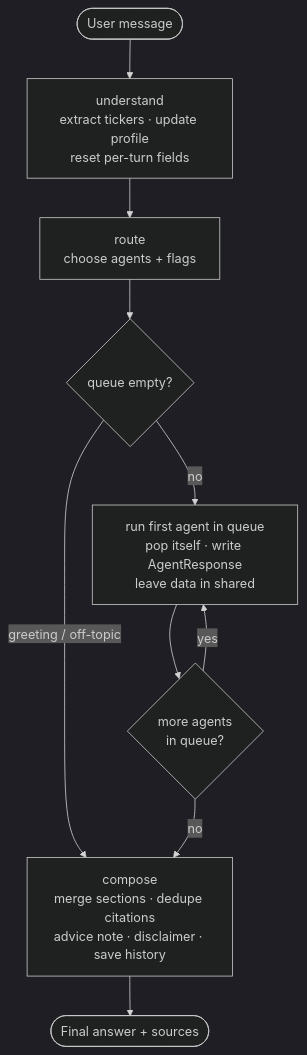
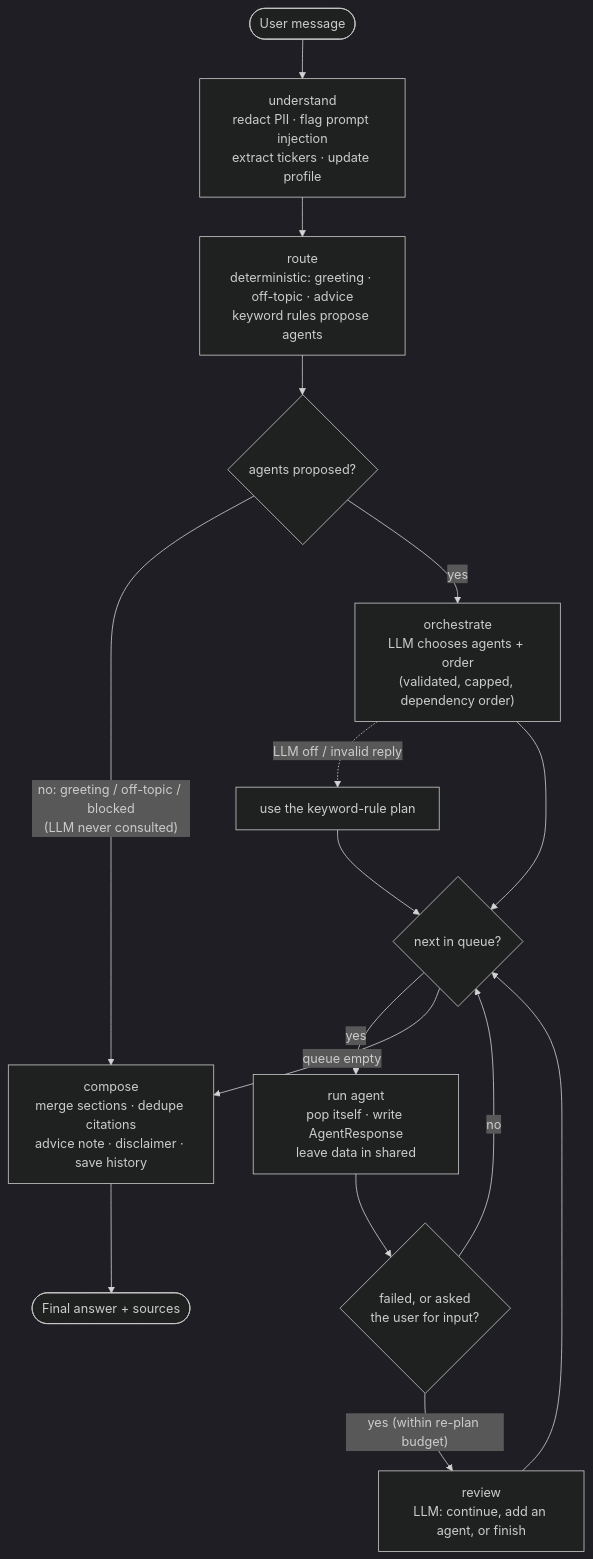
The diagram in docs/diagrams/flow.mmd (apurba280291/ik-multi-agent-capston), drawn with Mermaid (dark theme) before and after one commit. The commit also changed 29 other files, not shown here.

```diff
--- a/docs/diagrams/flow.mmd
+++ b/docs/diagrams/flow.mmd
@@ -1,13 +1,18 @@
 flowchart TD
-    Q([User message]) --> UN["understand<br/>extract tickers · update profile<br/>reset per-turn fields"]
-    UN --> RO["route<br/>choose agents + flags"]
-    RO --> D{queue empty?}
-
-    D -- "greeting / off-topic" --> CO
-    D -- "no" --> AGN["run first agent in queue<br/>pop itself · write AgentResponse<br/>leave data in shared"]
-    AGN --> D2{more agents<br/>in queue?}
-    D2 -- yes --> AGN
-    D2 -- no --> CO
+    Q([User message]) --> UN["understand<br/>redact PII · flag prompt injection<br/>extract tickers · update profile"]
+    UN --> RO["route<br/>deterministic: greeting · off-topic · advice<br/>keyword rules propose agents"]
+    RO --> D0{"agents proposed?"}
+    D0 -- "no: greeting / off-topic / blocked<br/>(LLM never consulted)" --> CO
+    D0 -- yes --> OR["orchestrate<br/>LLM chooses agents + order<br/>(validated, capped, dependency order)"]
+    OR -. "LLM off / invalid reply" .-> RULES["use the keyword-rule plan"]
+    OR --> NX
+    RULES --> NX{"next in queue?"}
+    NX -- yes --> AGN["run agent<br/>pop itself · write AgentResponse<br/>leave data in shared"]
+    AGN --> RQ{"failed, or asked<br/>the user for input?"}
+    RQ -- "no" --> NX
+    RQ -- "yes (within re-plan budget)" --> RVW["review<br/>LLM: continue, add an agent, or finish"]
+    RVW --> NX
+    NX -- "queue empty" --> CO
 
     CO["compose<br/>merge sections · dedupe citations<br/>advice note · disclaimer · save history"]
     CO --> ANS([Final answer + sources])
```
